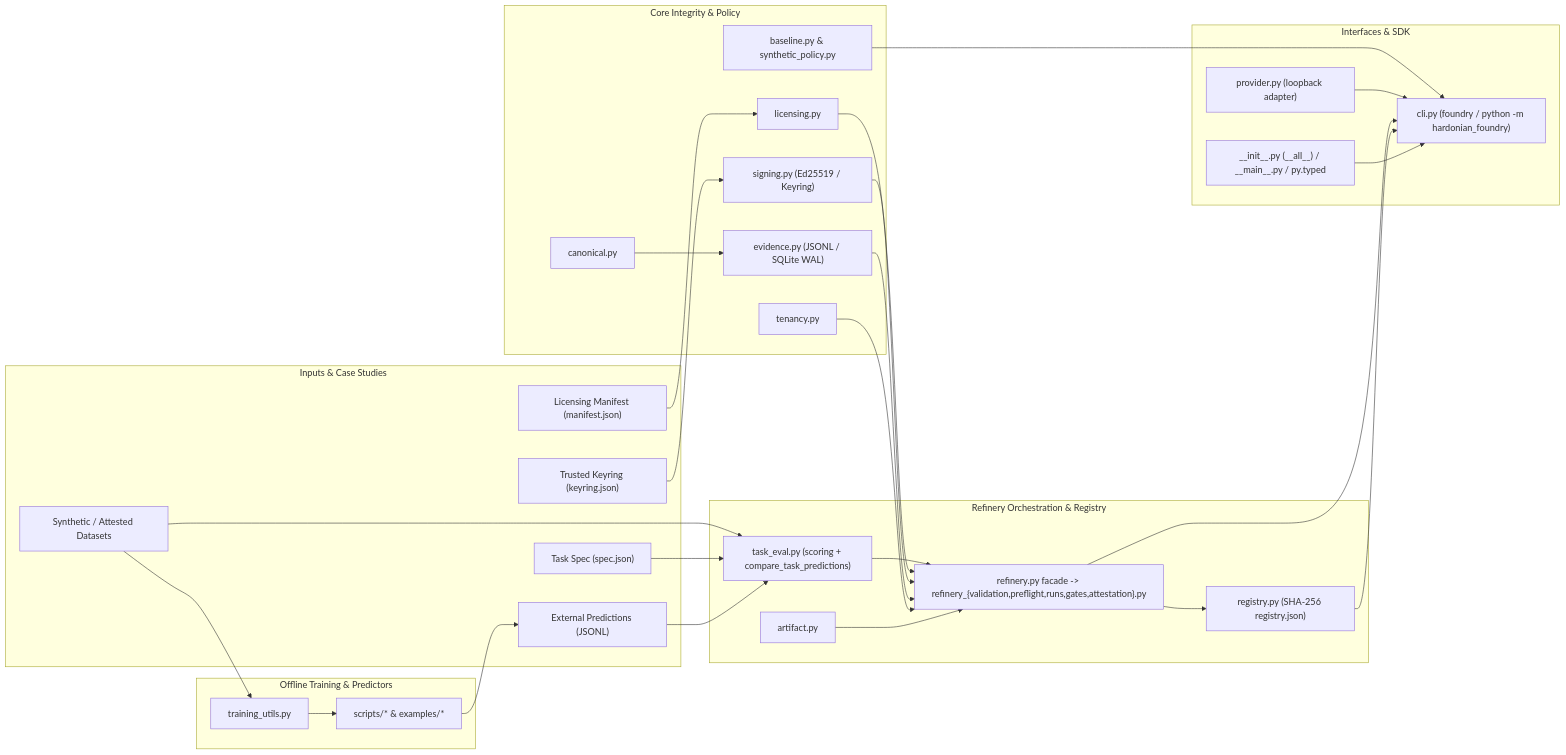
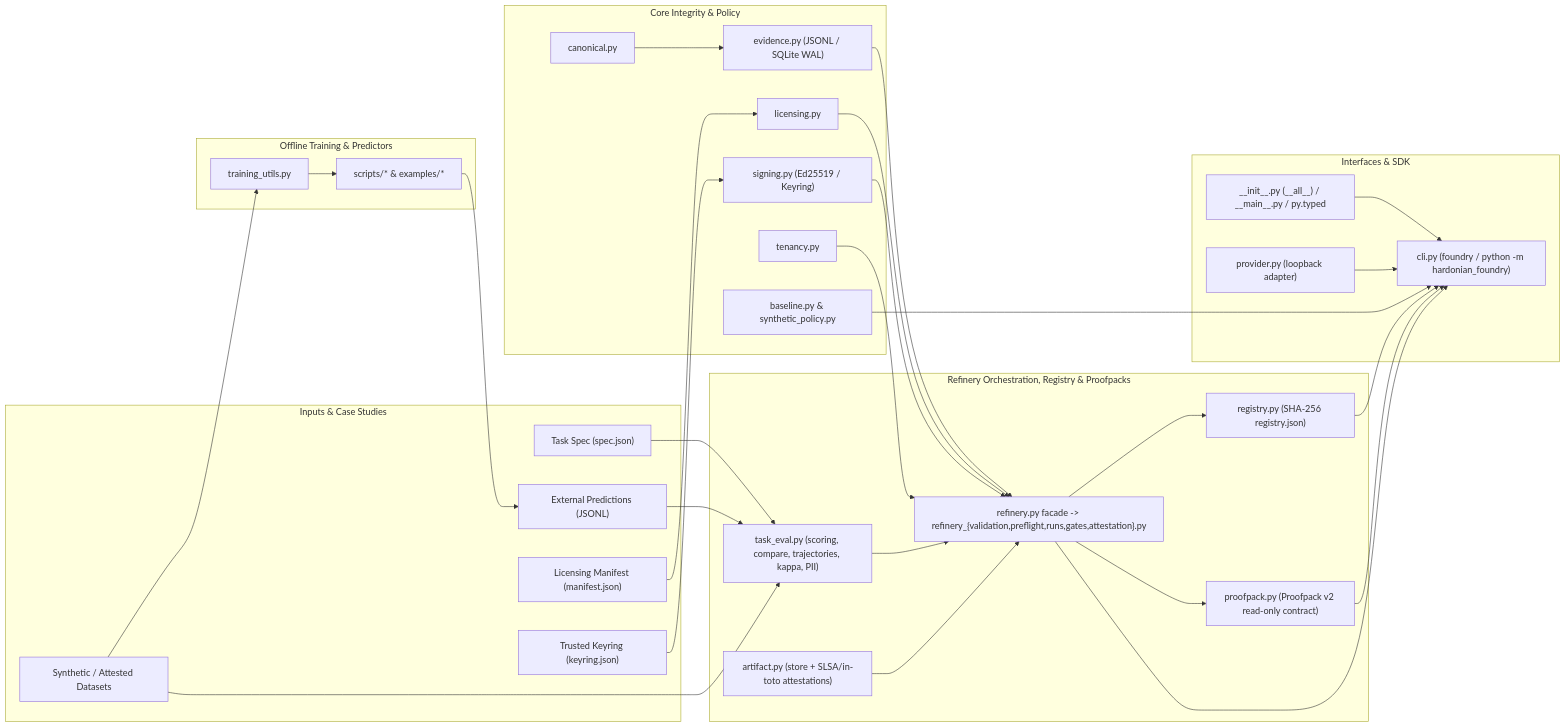
One commit to Hardonian/Foundry changed the first of 2 diagrams in docs/architecture.md. Above: the diagram before and after it, drawn with Mermaid. The commit also changed other lines of this file and 15 other files, not shown here.

Commit message:
feat: implement full Horizon suite (custody SPI, WORM sink, SLSA lineage, trajectories/kappa/PII, Proofpack v2)

````diff
--- a/docs/architecture.md
+++ b/docs/architecture.md
@@ -9,54 +9,57 @@
 ```mermaid
 flowchart LR
     subgraph Inputs["Inputs & Case Studies"]
         DS["Synthetic / Attested Datasets"]
         SPEC["Task Spec (spec.json)"]
         PREDS["External Predictions (JSONL)"]
         MAN["Licensing Manifest (manifest.json)"]
         KEYRING["Trusted Keyring (keyring.json)"]
     end
 
     subgraph Training["Offline Training & Predictors"]
         TU["training_utils.py"]
         SCRIPTS["scripts/* & examples/*"]
     end
 
     subgraph Core["Core Integrity & Policy"]
         CAN["canonical.py"]
         EV["evidence.py (JSONL / SQLite WAL)"]
         SIG["signing.py (Ed25519 / Keyring)"]
         LIC["licensing.py"]
         TEN["tenancy.py"]
         BASE["baseline.py & synthetic_policy.py"]
     end
 
-    subgraph Refinery["Refinery Orchestration & Registry"]
-        TE["task_eval.py (scoring + compare_task_predictions)"]
-        ART["artifact.py"]
+    subgraph Refinery["Refinery Orchestration, Registry & Proofpacks"]
+        TE["task_eval.py (scoring, compare, trajectories, kappa, PII)"]
+        ART["artifact.py (store + SLSA/in-toto attestations)"]
         REF["refinery.py facade -> refinery_{validation,preflight,runs,gates,attestation}.py"]
         REG["registry.py (SHA-256 registry.json)"]
+        PP["proofpack.py (Proofpack v2 read-only contract)"]
     end
 
     subgraph Interfaces["Interfaces & SDK"]
         SDK["__init__.py (__all__) / __main__.py / py.typed"]
         CLI["cli.py (foundry / python -m hardonian_foundry)"]
         PROV["provider.py (loopback adapter)"]
     end
 
     DS --> TU --> SCRIPTS --> PREDS
     DS --> TE
     SPEC --> TE
     PREDS --> TE
     TE --> REF
     MAN --> LIC --> REF
     KEYRING --> SIG --> REF
     CAN --> EV --> REF
     TEN --> REF
     ART --> REF
     REF --> REG
+    REF --> PP
     BASE --> CLI
     PROV --> CLI
     REF --> CLI
     REG --> CLI
+    PP --> CLI
     SDK --> CLI
 ```
````
